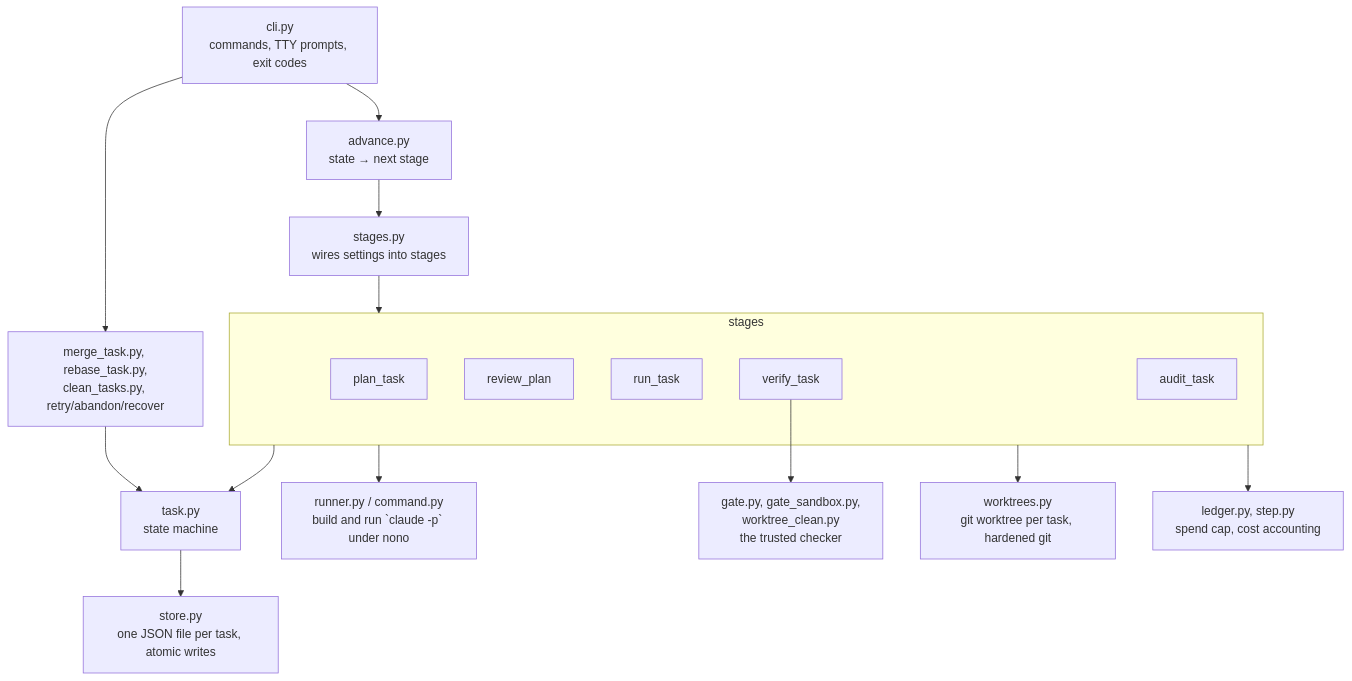
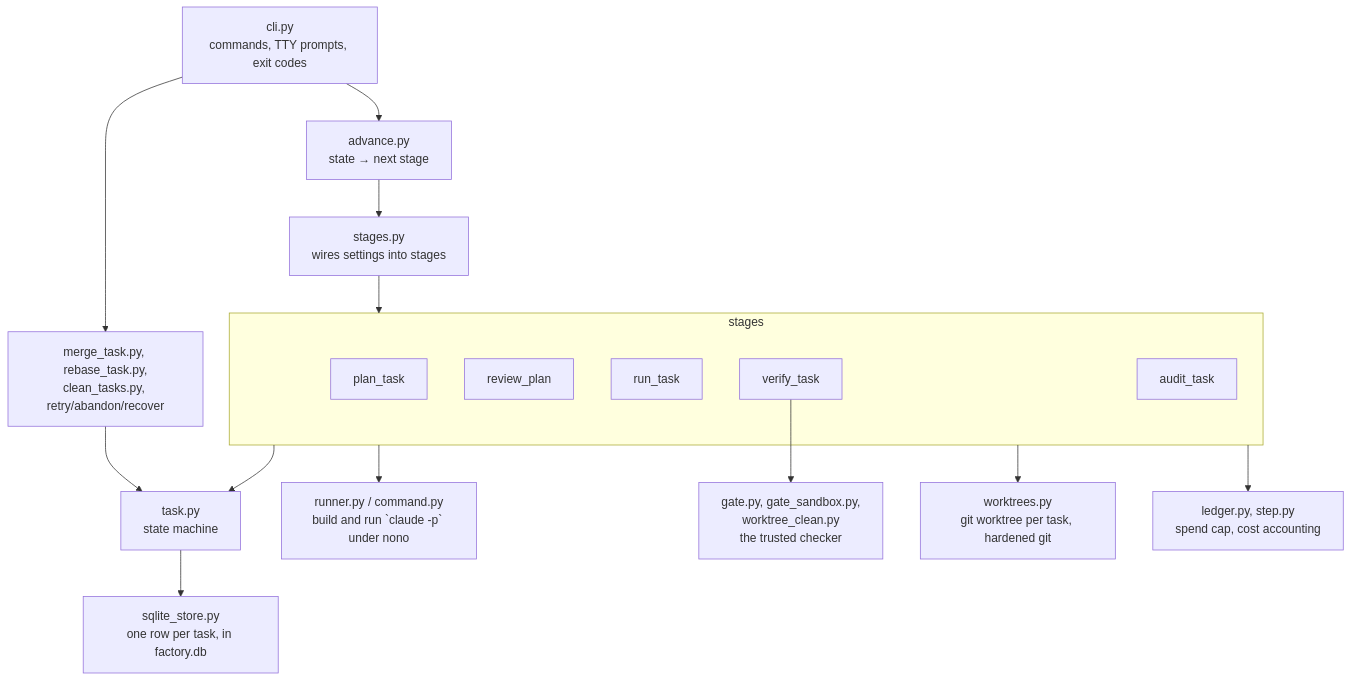
Before and after one commit to jshiell/factory: the third of 3 diagrams in README.md, drawn with Mermaid. The commit also changed other lines of this file, not shown here.

````diff
--- a/README.md
+++ b/README.md
@@ -174,29 +174,29 @@
 ```mermaid
 flowchart TB
     cli["cli.py<br/>commands, TTY prompts, exit codes"]
     advance["advance.py<br/>state → next stage"]
     stages["stages.py<br/>wires settings into stages"]
     subgraph stage_fns [stages]
         plan_task
         review_plan
         run_task
         verify_task
         audit_task
     end
     task["task.py<br/>state machine"]
-    store["store.py<br/>one JSON file per task, atomic writes"]
+    store["sqlite_store.py<br/>one row per task, in factory.db"]
     runner["runner.py / command.py<br/>build and run `claude -p` under nono"]
     gate["gate.py, gate_sandbox.py,<br/>worktree_clean.py<br/>the trusted checker"]
     wt["worktrees.py<br/>git worktree per task, hardened git"]
     ledger["ledger.py, step.py<br/>spend cap, cost accounting"]
     human["merge_task.py, rebase_task.py,<br/>clean_tasks.py, retry/abandon/recover"]
 
     cli --> advance --> stages --> stage_fns
     cli --> human
     stage_fns --> task --> store
     stage_fns --> runner
     stage_fns --> ledger
     verify_task --> gate
     stage_fns --> wt
     human --> task
 ```
````
